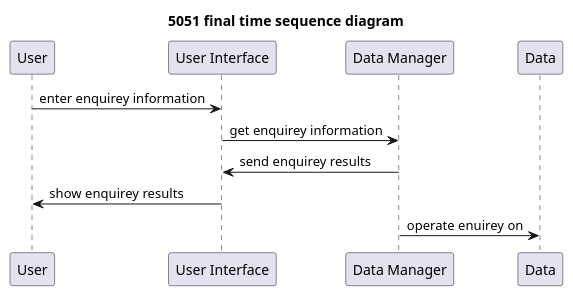
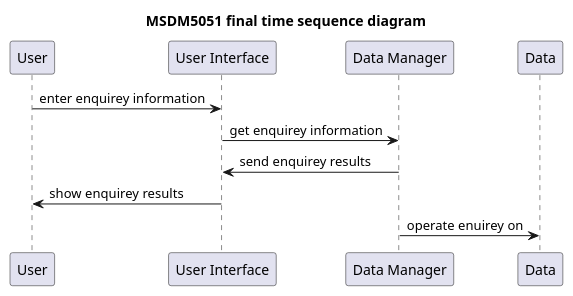
The diagram in sequence diagram.wsd (NNNeil-C/HKUST_DDM_MSDM5001_PROJECT2), drawn with PlantUML before and after one commit. The commit also changed other lines of this file and 3 other files, not shown here.

```diff
--- a/sequence diagram.wsd
+++ b/sequence diagram.wsd
@@ -10,8 +10,8 @@
-@startuml
-title 5051 final time sequence diagram
+@startuml MSDM5051 final time sequence diagram
+title MSDM5051 final time sequence diagram
 User -> "User Interface": enter enquirey information
 "User Interface" -> "Data Manager" : get enquirey information
 "User Interface" <- "Data Manager" : send enquirey results
 "User Interface" -> User : show enquirey results
 "Data Manager" -> Data : operate enuirey on
 @enduml
```
